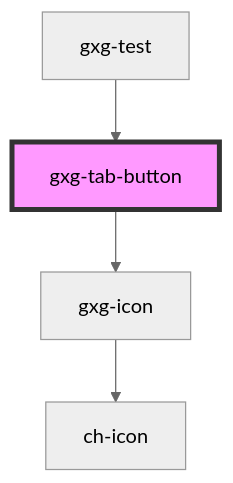
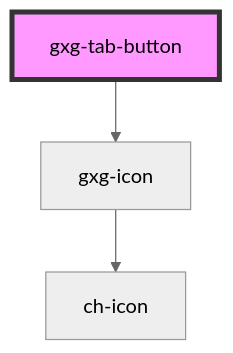
The diagram in src/components/tab-button/readme.md (genexuslabs/gemini), drawn with Mermaid (neutral theme) before and after one commit. The commit also changed other lines of this file and 24 other files, not shown here.

````diff
--- a/src/components/tab-button/readme.md
+++ b/src/components/tab-button/readme.md
@@ -42,7 +38,6 @@
 ```mermaid
 graph TD;
   gxg-tab-button --> gxg-icon
   gxg-icon --> ch-icon
-  gxg-test --> gxg-tab-button
   style gxg-tab-button fill:#f9f,stroke:#333,stroke-width:4px
 ```
````
